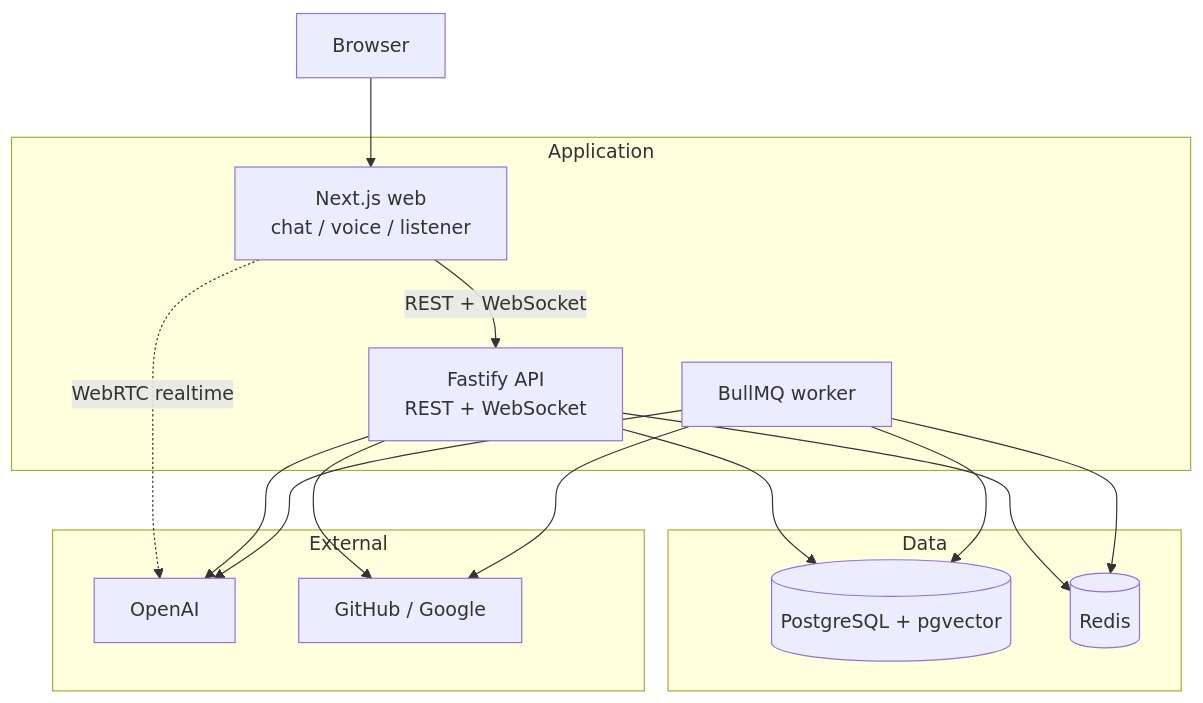
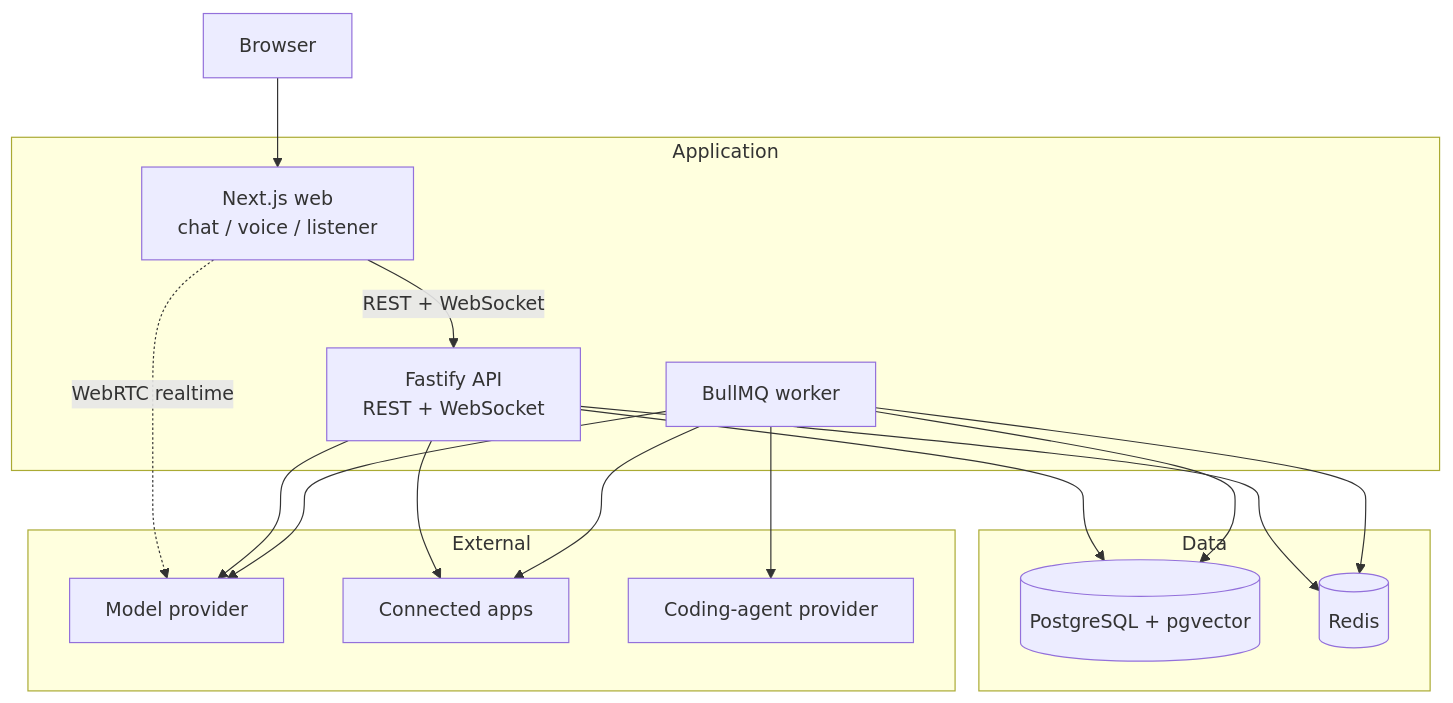
The first of 2 diagrams in README.md (PayaamEmami/agentic-ai-assistant), drawn with Mermaid before and after one commit. The commit also changed other lines of this file and 56 other files, not shown here.

First line of the commit message:
Add support for multiple model providers and enhance coding task functionality

````diff
--- a/README.md
+++ b/README.md
@@ -44,32 +46,34 @@
 ```mermaid
 flowchart TB
   browser[Browser]
 
   subgraph runtime [Application]
     web["Next.js web<br/>chat / voice / listener"]
     api["Fastify API<br/>REST + WebSocket"]
     worker["BullMQ worker"]
   end
 
   subgraph data [Data]
     pg[("PostgreSQL + pgvector")]
     redis[(Redis)]
   end
 
   subgraph external [External]
-    openai[OpenAI]
-    providers["GitHub / Google"]
+    model["Model provider"]
+    providers["Connected apps"]
+    coding["Coding-agent provider"]
   end
 
   browser --> web
   web -->|"REST + WebSocket"| api
-  web -.->|"WebRTC realtime"| openai
+  web -.->|"WebRTC realtime"| model
   api --> pg
   api --> redis
-  api --> openai
+  api --> model
   api --> providers
   worker --> redis
   worker --> pg
-  worker --> openai
+  worker --> model
   worker --> providers
+  worker --> coding
 ```
````
